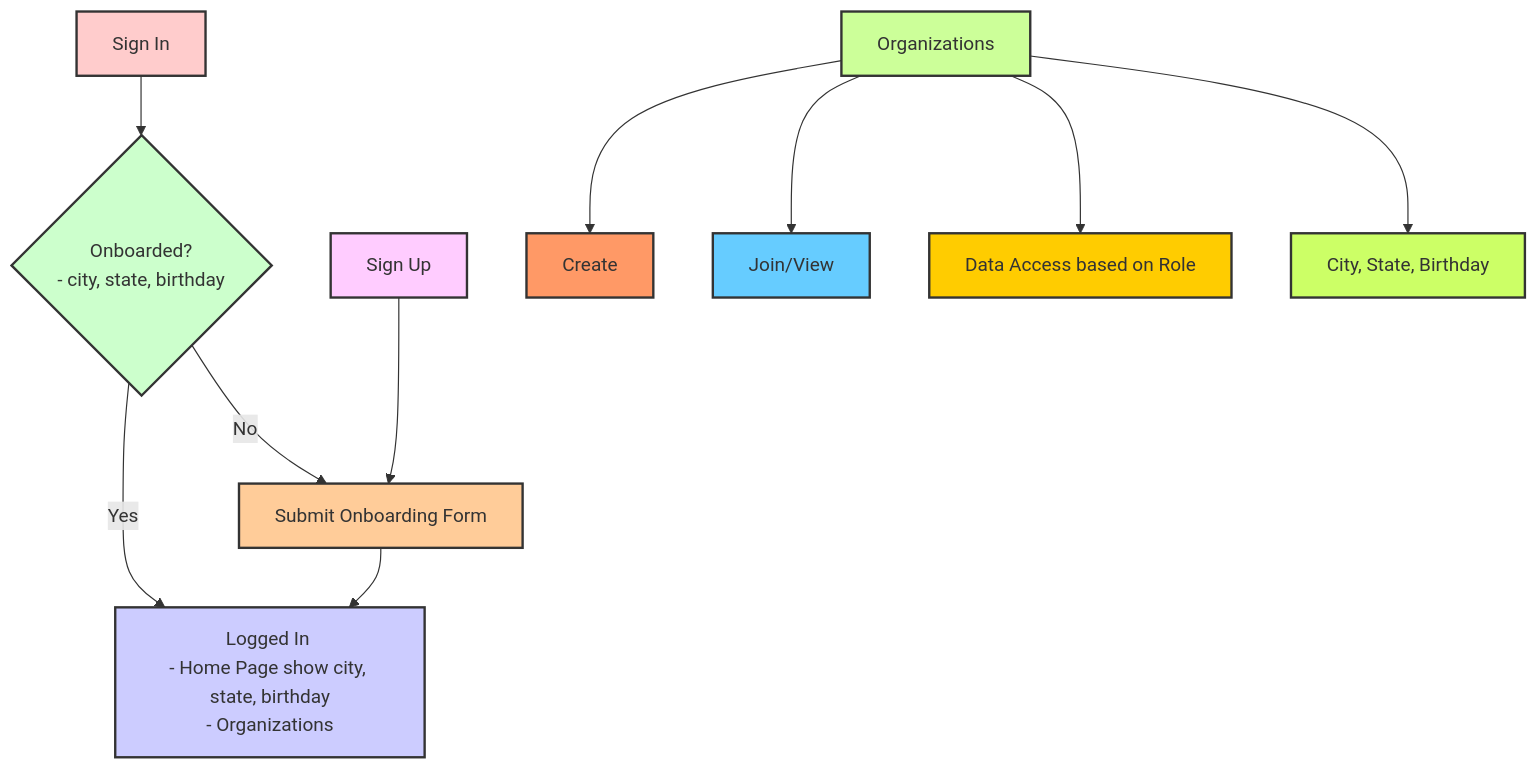
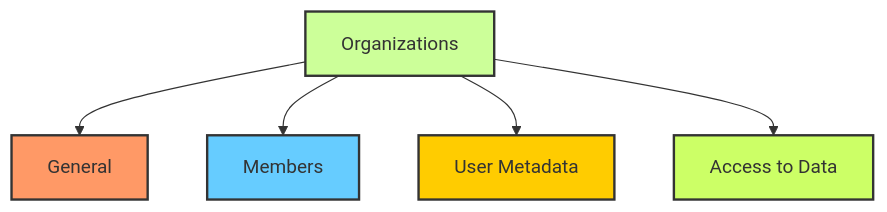
Before and after one commit to sun2ii/clerk-trial: the diagram in architecture/flow.md, drawn with Mermaid. The commit also changed other lines of this file and 10 other files, not shown here.

````diff
--- a/architecture/flow.md
+++ b/architecture/flow.md
@@ -5,27 +5,26 @@
 ```mermaid 
 graph TD
     %% Login Flow 
-    A[Sign In] --> O{Onboarded?\n- city, state, birthday}
-    O --> |Yes|L[Logged In \n- Home Page show city, state, birthday\n- Organizations]
-    O --> |No|C[Submit Onboarding Form]
-    C --> L
-    B[Sign Up] --> C
+    %% A[Sign In] --> O{Onboarded?\n- city, state, birthday}
+    %% O --> |Yes|L[Logged In \n- Home Page show city, state, birthday\n- Organizations]
+    %% O --> |No|C[Submit Onboarding Form]
+    %% C --> L
+    %% B[Sign Up] --> C
 
-  %% Organization Flow
-    I[Organizations] --> J[Create]
-    I --> K[Join/View]
-    I --> M[Data Access based on Role]
-    I --> N[City, State, Birthday]
+  %% %% Organization Flow
+    I[Organizations] --> J[General]
+    I --> K[Members]
+    I --> M[User Metadata]
+    I --> N[Access to Data]
 
-
-    style A fill:#ffcccc,stroke:#333,stroke-width:2px
-    style O fill:#ccffcc,stroke:#333,stroke-width:2px
-    style L fill:#ccccff,stroke:#333,stroke-width:2px
-    style C fill:#ffcc99,stroke:#333,stroke-width:2px
-    style B fill:#ffccff,stroke:#333,stroke-width:2px
+    %% style A fill:#ccffcc,stroke:#333,stroke-width:2px
+    %% style O fill:#ccffcc,stroke:#333,stroke-width:2px
+    %% style L fill:#ccccff,stroke:#333,stroke-width:2px
+    %% style C fill:#ffcc99,stroke:#333,stroke-width:2px
+    %% style B fill:#ccffcc,stroke:#333,stroke-width:2px
     style I fill:#ccff99,stroke:#333,stroke-width:2px
     style J fill:#ff9966,stroke:#333,stroke-width:2px
     style K fill:#66ccff,stroke:#333,stroke-width:2px
     style M fill:#ffcc00,stroke:#333,stroke-width:2px
     style N fill:#ccff66,stroke:#333,stroke-width:2px
 ```
````
